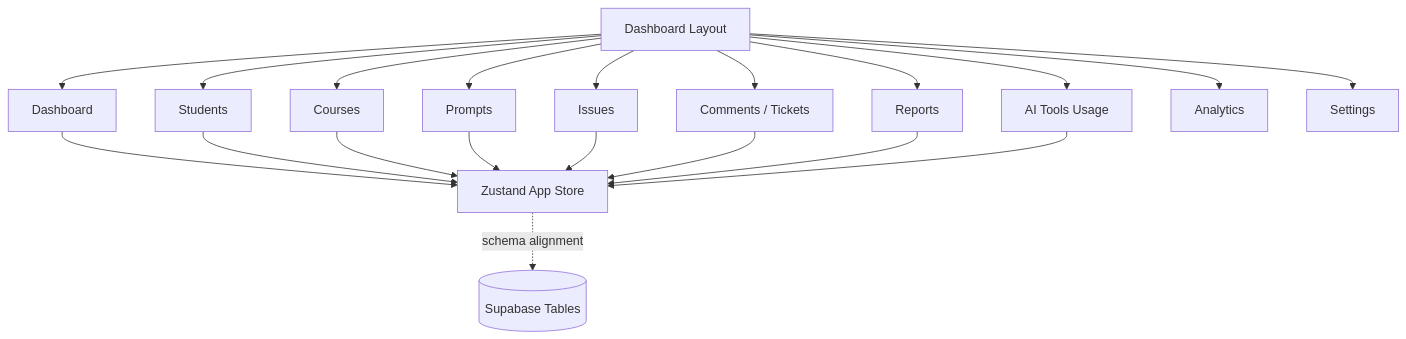
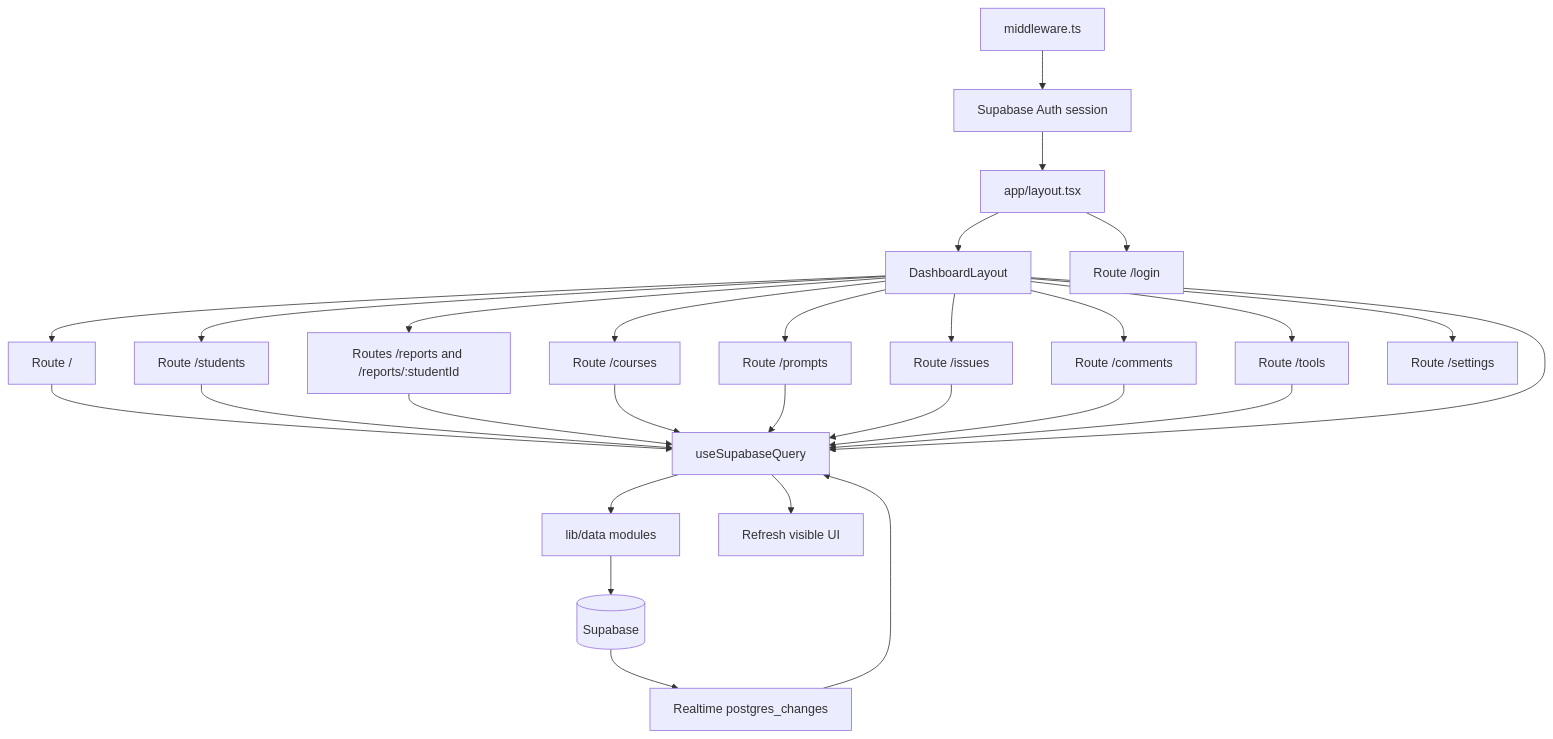
One commit to muhammadjamshed7/Assignmentwork changed the first of 16 diagrams in SYSTEM_FLOW.md. Above: the diagram before and after it, drawn with Mermaid. The commit also changed other lines of this file and 56 other files, not shown here.

````diff
--- a/SYSTEM_FLOW.md
+++ b/SYSTEM_FLOW.md
@@ -11,24 +11,32 @@
 ```mermaid
 flowchart TD
-  Layout[Dashboard Layout] --> Dashboard[Dashboard]
-  Layout --> Students[Students]
-  Layout --> Courses[Courses]
-  Layout --> Prompts[Prompts]
-  Layout --> Issues[Issues]
-  Layout --> Comments[Comments / Tickets]
-  Layout --> Reports[Reports]
-  Layout --> Tools[AI Tools Usage]
-  Layout --> Analytics[Analytics]
-  Layout --> Settings[Settings]
+  Root[app/layout.tsx] --> Shell[DashboardLayout]
+  Root --> Login[Route /login]
+  Middleware[middleware.ts] --> Auth[Supabase Auth session]
+  Auth --> Root
+  Shell --> Dashboard[Route /]
+  Shell --> Students[Route /students]
+  Shell --> Reports[Routes /reports and /reports/:studentId]
+  Shell --> Courses[Route /courses]
+  Shell --> Prompts[Route /prompts]
+  Shell --> Issues[Route /issues]
+  Shell --> Comments[Route /comments]
+  Shell --> Tools[Route /tools]
+  Shell --> Settings[Route /settings]
 
-  Dashboard --> Store[Zustand App Store]
-  Students --> Store
-  Courses --> Store
-  Prompts --> Store
-  Issues --> Store
-  Comments --> Store
-  Reports --> Store
-  Tools --> Store
+  Dashboard --> Hook[useSupabaseQuery]
+  Students --> Hook
+  Reports --> Hook
+  Courses --> Hook
+  Prompts --> Hook
+  Issues --> Hook
+  Comments --> Hook
+  Tools --> Hook
+  Shell --> Hook
 
-  Store -. schema alignment .-> Supabase[(Supabase Tables)]
+  Hook --> DataModules[lib/data modules]
+  DataModules --> Supabase[(Supabase)]
+  Supabase --> Realtime[Realtime postgres_changes]
+  Realtime --> Hook
+  Hook --> Pages[Refresh visible UI]
 ```
````
